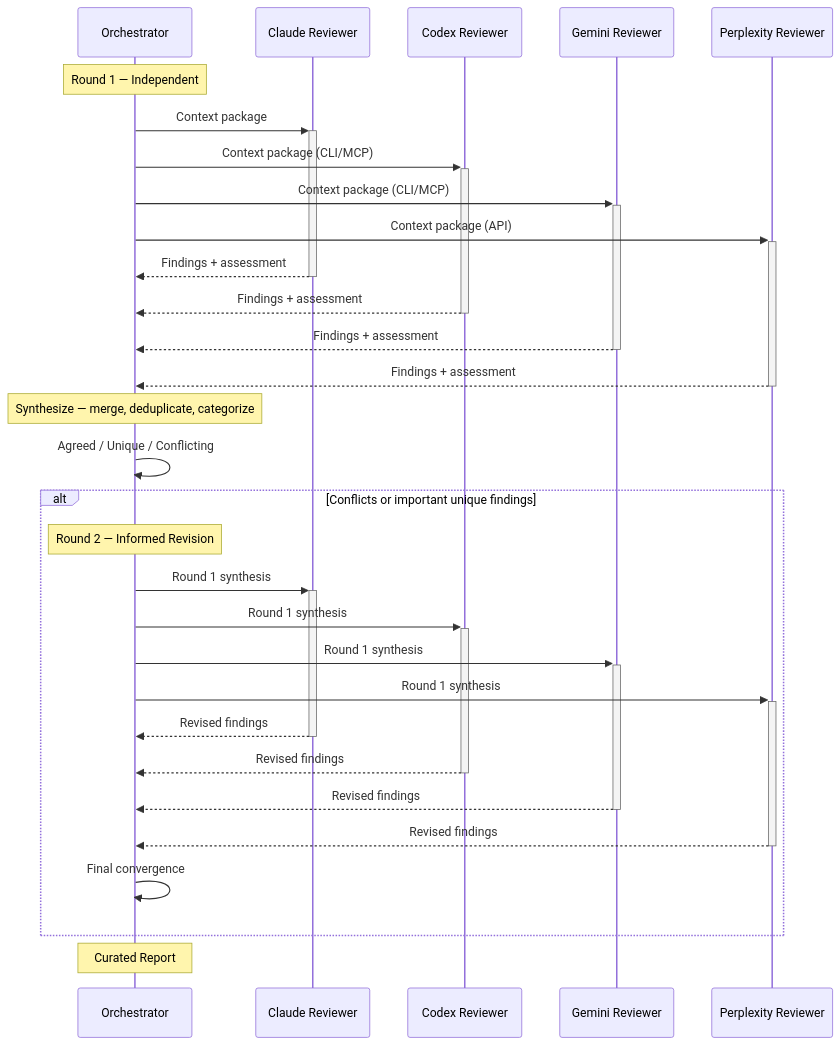
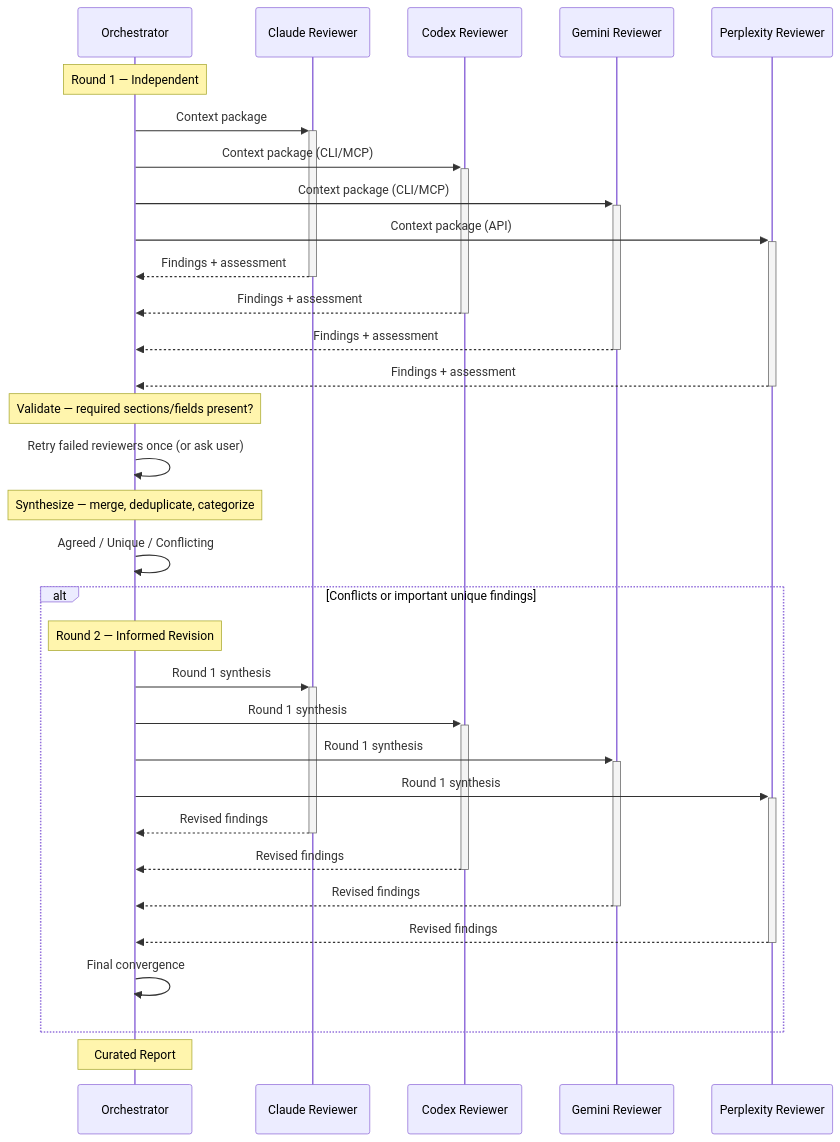
Before and after one commit to deployhq/review-council: the third of 5 diagrams in README.md, drawn with Mermaid. The commit also changed other lines of this file and 2 other files, not shown here.

````diff
--- a/README.md
+++ b/README.md
@@ -203,36 +220,39 @@
 ```mermaid
 sequenceDiagram
     participant O as Orchestrator
     participant C as Claude Reviewer
     participant X as Codex Reviewer
     participant G as Gemini Reviewer
     participant P as Perplexity Reviewer
 
     Note over O: Round 1 — Independent
     O->>+C: Context package
     O->>+X: Context package (CLI/MCP)
     O->>+G: Context package (CLI/MCP)
     O->>+P: Context package (API)
     C-->>-O: Findings + assessment
     X-->>-O: Findings + assessment
     G-->>-O: Findings + assessment
     P-->>-O: Findings + assessment
+
+    Note over O: Validate — required sections/fields present?
+    O->>O: Retry failed reviewers once (or ask user)
 
     Note over O: Synthesize — merge, deduplicate, categorize
     O->>O: Agreed / Unique / Conflicting
 
     alt Conflicts or important unique findings
         Note over O: Round 2 — Informed Revision
         O->>+C: Round 1 synthesis
         O->>+X: Round 1 synthesis
         O->>+G: Round 1 synthesis
         O->>+P: Round 1 synthesis
         C-->>-O: Revised findings
         X-->>-O: Revised findings
         G-->>-O: Revised findings
         P-->>-O: Revised findings
         O->>O: Final convergence
     end
 
     Note over O: Curated Report
 ```
````
